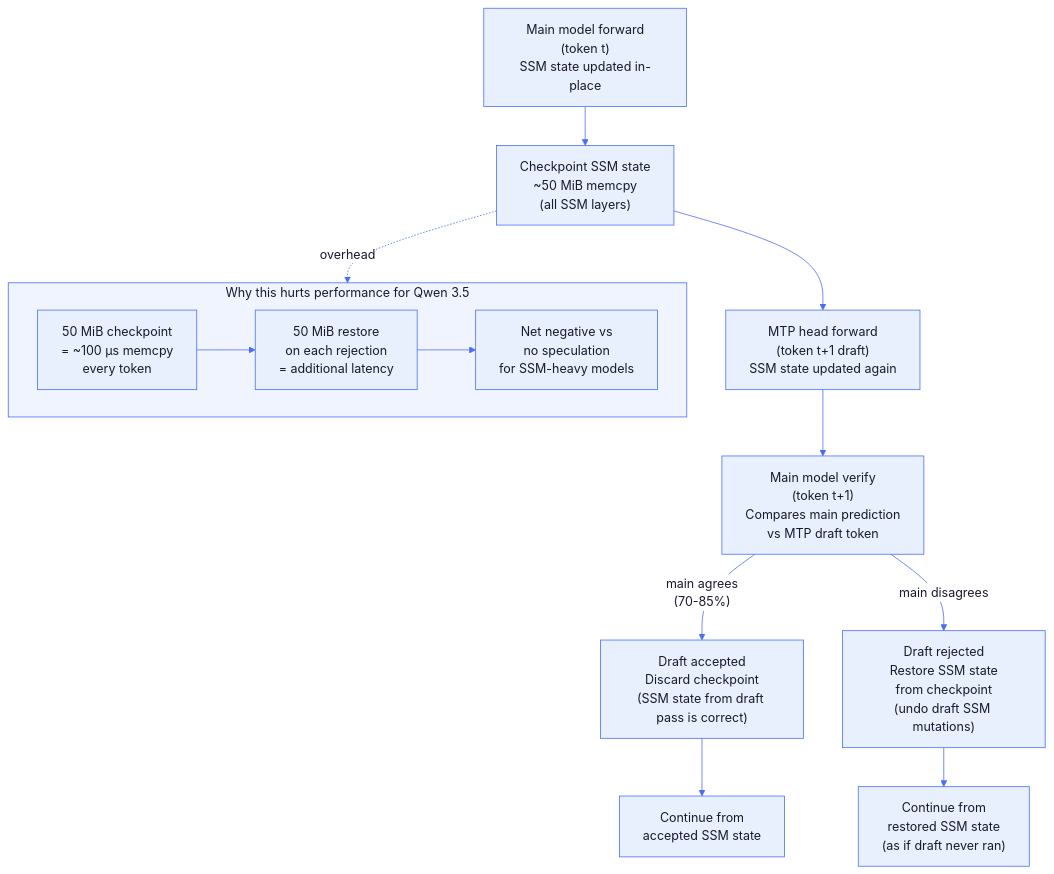
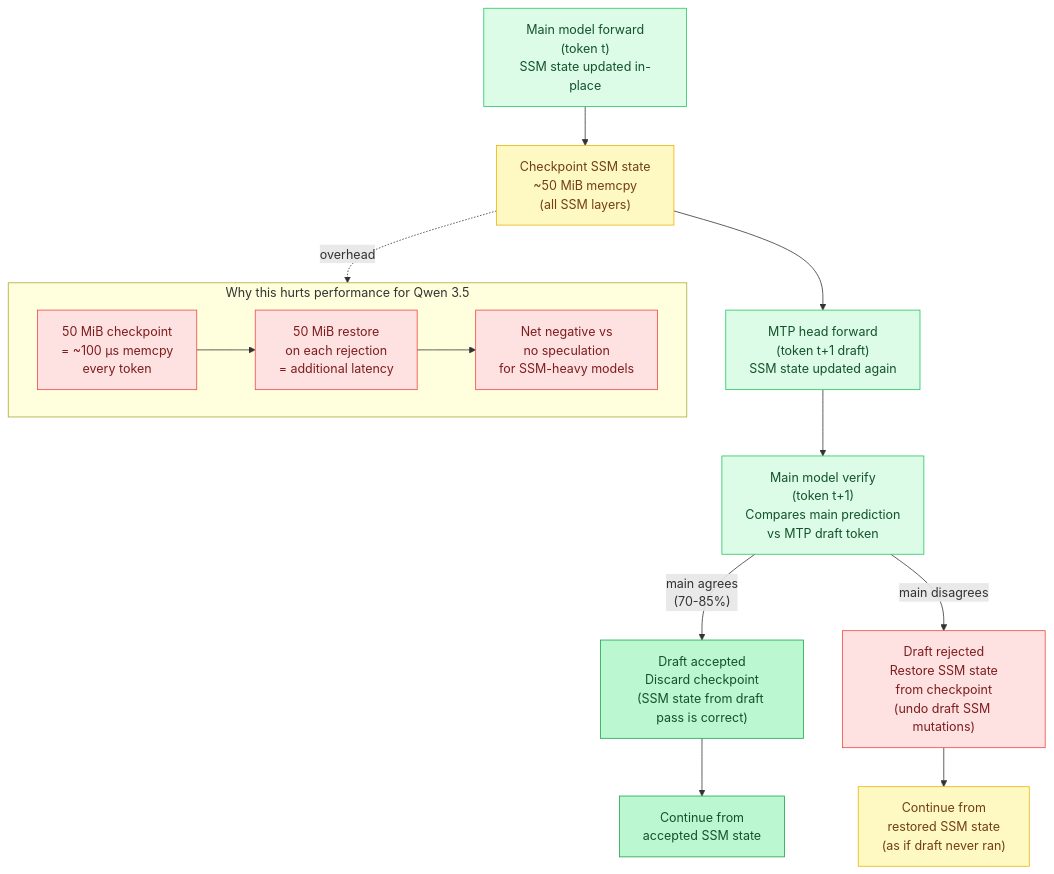
Before and after one commit to maci0/agave: the sixth of 7 diagrams in docs/tutorial/18-multi-token-prediction.md, drawn with Mermaid. The commit also changed other lines of this file and 24 other files, not shown here.

First line of the commit message:
docs: convert all mermaid diagrams to classDef semantic colors

````diff
--- a/docs/tutorial/18-multi-token-prediction.md
+++ b/docs/tutorial/18-multi-token-prediction.md
@@ -320,49 +298,36 @@
 ```mermaid
-%%{init: {'theme': 'base', 'themeVariables': {
-  'primaryColor': '#e8f0fe',
-  'primaryTextColor': '#1a1a2e',
-  'primaryBorderColor': '#4a6cf7',
-  'lineColor': '#4a6cf7',
-  'secondaryColor': '#f0f4ff',
-  'tertiaryColor': '#f8f9ff',
-  'edgeLabelBackground': '#ffffff',
-  'clusterBkg': '#f0f4ff',
-  'clusterBorder': '#4a6cf7',
-  'titleColor': '#1a1a2e',
-  'nodeTextColor': '#1a1a2e',
-  'fontFamily': 'ui-monospace, SFMono-Regular, monospace'
-}}}%%
 flowchart TD
-    MainFwd["Main model forward\n(token t)\nSSM state updated in-place"]
+    classDef setup     fill:#dbeafe,stroke:#3b82f6,color:#1e3a5f
+    classDef sync      fill:#dcfce7,stroke:#22c55e,color:#14532d
+    classDef migration fill:#fef9c3,stroke:#eab308,color:#713f12
+    classDef success   fill:#bbf7d0,stroke:#16a34a,color:#14532d
+    classDef danger    fill:#fee2e2,stroke:#ef4444,color:#7f1d1d
+    classDef optional  fill:#f3e8ff,stroke:#9333ea,color:#581c87
 
-    Checkpoint["Checkpoint SSM state\n~50 MiB memcpy\n(all SSM layers)"]
+    MainFwd["Main model forward\n(token t)\nSSM state updated in-place"]:::sync
+    Checkpoint["Checkpoint SSM state\n~50 MiB memcpy\n(all SSM layers)"]:::migration
+    MTPDraft["MTP head forward\n(token t+1 draft)\nSSM state updated again"]:::sync
+    Verify["Main model verify\n(token t+1)\nCompares main prediction\nvs MTP draft token"]:::sync
+    Accept["Draft accepted\nDiscard checkpoint\n(SSM state from draft pass is correct)"]:::success
+    Reject["Draft rejected\nRestore SSM state\nfrom checkpoint\n(undo draft SSM mutations)"]:::danger
+    NextToken["Continue from\naccepted SSM state"]:::success
+    NextToken2["Continue from\nrestored SSM state\n(as if draft never ran)"]:::migration
 
     MainFwd --> Checkpoint
-
-    MTPDraft["MTP head forward\n(token t+1 draft)\nSSM state updated again"]
-
     Checkpoint --> MTPDraft
-
-    Verify["Main model verify\n(token t+1)\nCompares main prediction\nvs MTP draft token"]
-
     MTPDraft --> Verify
-
-    Accept["Draft accepted\nDiscard checkpoint\n(SSM state from draft pass is correct)"]
-    Reject["Draft rejected\nRestore SSM state\nfrom checkpoint\n(undo draft SSM mutations)"]
-
     Verify -->|"main agrees\n(70-85%)"| Accept
     Verify -->|"main disagrees"| Reject
-
-    Accept --> NextToken["Continue from\naccepted SSM state"]
-    Reject --> NextToken2["Continue from\nrestored SSM state\n(as if draft never ran)"]
+    Accept --> NextToken
+    Reject --> NextToken2
 
     subgraph Cost["Why this hurts performance for Qwen 3.5"]
         direction LR
-        C1["50 MiB checkpoint\n= ~100 μs memcpy\nevery token"]
-        C2["50 MiB restore\non each rejection\n= additional latency"]
-        C3["Net negative vs\nno speculation\nfor SSM-heavy models"]
+        C1["50 MiB checkpoint\n= ~100 μs memcpy\nevery token"]:::danger
+        C2["50 MiB restore\non each rejection\n= additional latency"]:::danger
+        C3["Net negative vs\nno speculation\nfor SSM-heavy models"]:::danger
         C1 --> C2 --> C3
     end
 
     Checkpoint -.->|"overhead"| Cost
 ```
````
